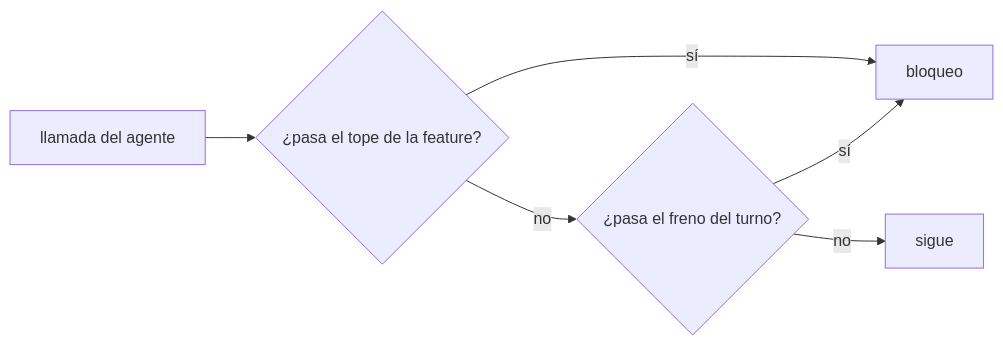
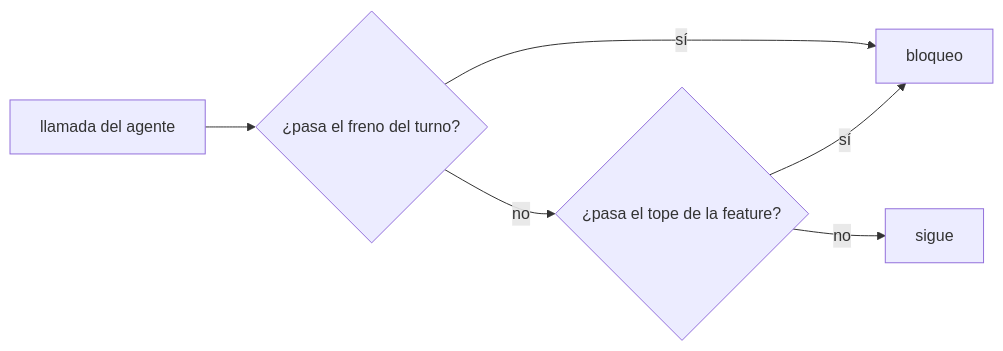
Before and after one commit to jliberal-aquas/aquas-central-harness-government: the first of 2 diagrams in docs/E001/F015/S002.md, drawn with Mermaid. The commit also changed other lines of this file and 10 other files, not shown here.

````diff
--- a/docs/E001/F015/S002.md
+++ b/docs/E001/F015/S002.md
@@ -30,8 +49,8 @@
 ```mermaid
 flowchart LR
-    L["llamada del agente"] --> F{"¿pasa el tope de la feature?"}
-    F -->|sí| B["bloqueo"]
-    F -->|no| T{"¿pasa el freno del turno?"}
-    T -->|sí| B
-    T -->|no| OK["sigue"]
+    L["llamada del agente"] --> T{"¿pasa el freno del turno?"}
+    T -->|sí| B["bloqueo"]
+    T -->|no| F{"¿pasa el tope de la feature?"}
+    F -->|sí| B
+    F -->|no| OK["sigue"]
 ```
````
